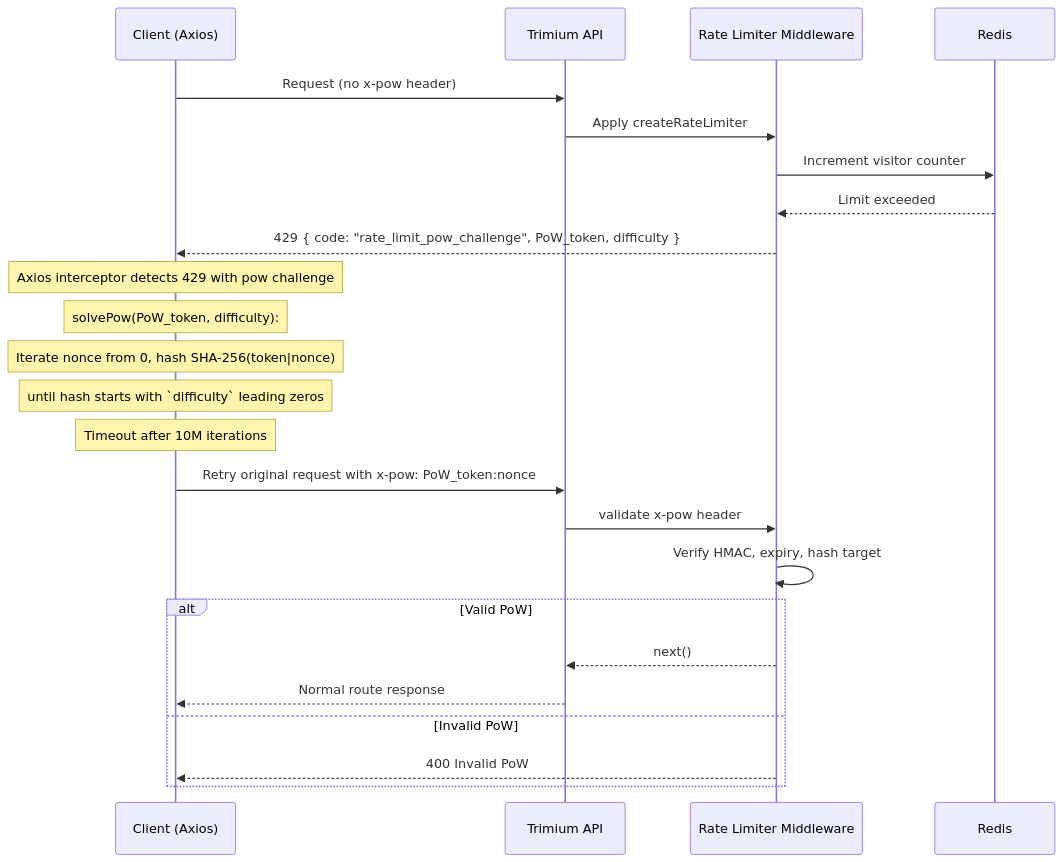
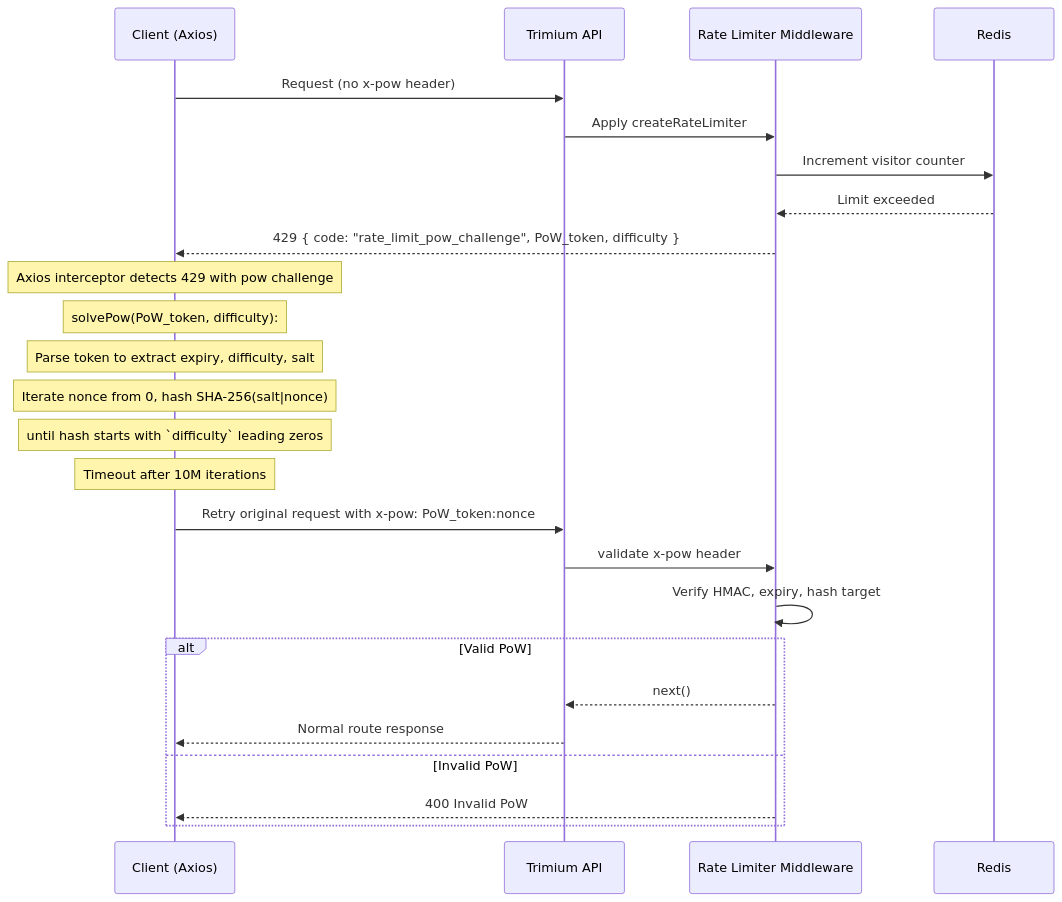
The third of 6 diagrams in docs/architecture/RATE_LIMITER_ARCHITECTURE.md (IamDevTrivedi/Trimium), drawn with Mermaid before and after one commit. The commit also changed other lines of this file and 4 other files, not shown here.

````diff
--- a/docs/architecture/RATE_LIMITER_ARCHITECTURE.md
+++ b/docs/architecture/RATE_LIMITER_ARCHITECTURE.md
@@ -82,31 +82,32 @@
 ```mermaid
 sequenceDiagram
     participant U as Client (Axios)
     participant API as Trimium API
     participant RL as Rate Limiter Middleware
     participant REDIS as Redis
 
     U->>API: Request (no x-pow header)
     API->>RL: Apply createRateLimiter
     RL->>REDIS: Increment visitor counter
     REDIS-->>RL: Limit exceeded
 
     RL-->>U: 429 { code: "rate_limit_pow_challenge", PoW_token, difficulty }
 
     Note over U: Axios interceptor detects 429 with pow challenge
     Note over U: solvePow(PoW_token, difficulty):
-    Note over U:   Iterate nonce from 0, hash SHA-256(token|nonce)
+    Note over U:   Parse token to extract expiry, difficulty, salt
+    Note over U:   Iterate nonce from 0, hash SHA-256(salt|nonce)
     Note over U:   until hash starts with `difficulty` leading zeros
     Note over U:   Timeout after 10M iterations
 
     U->>API: Retry original request with x-pow: PoW_token:nonce
     API->>RL: validate x-pow header
     RL->>RL: Verify HMAC, expiry, hash target
 
     alt Valid PoW
         RL-->>API: next()
         API-->>U: Normal route response
     else Invalid PoW
         RL-->>U: 400 Invalid PoW
     end
 ```
````
